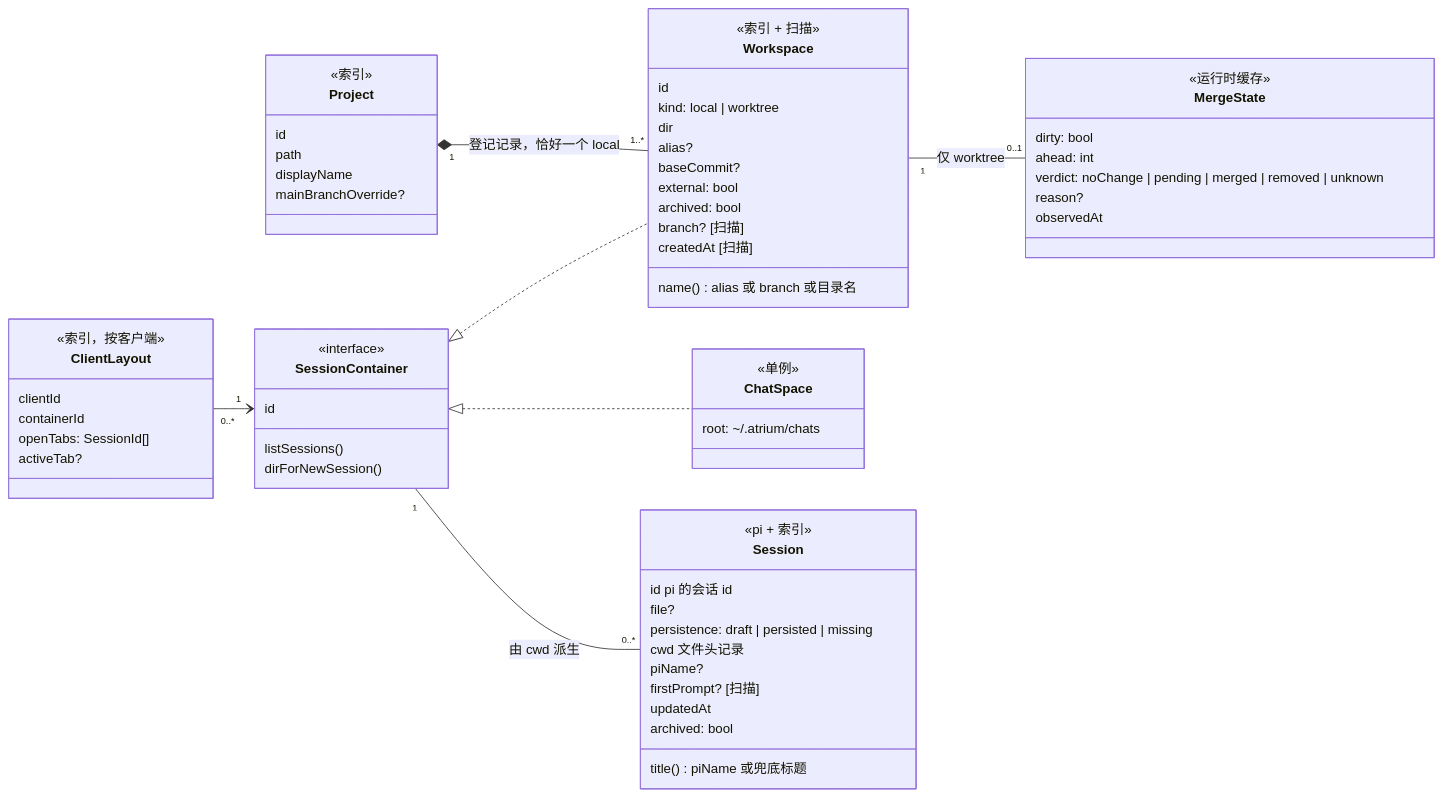
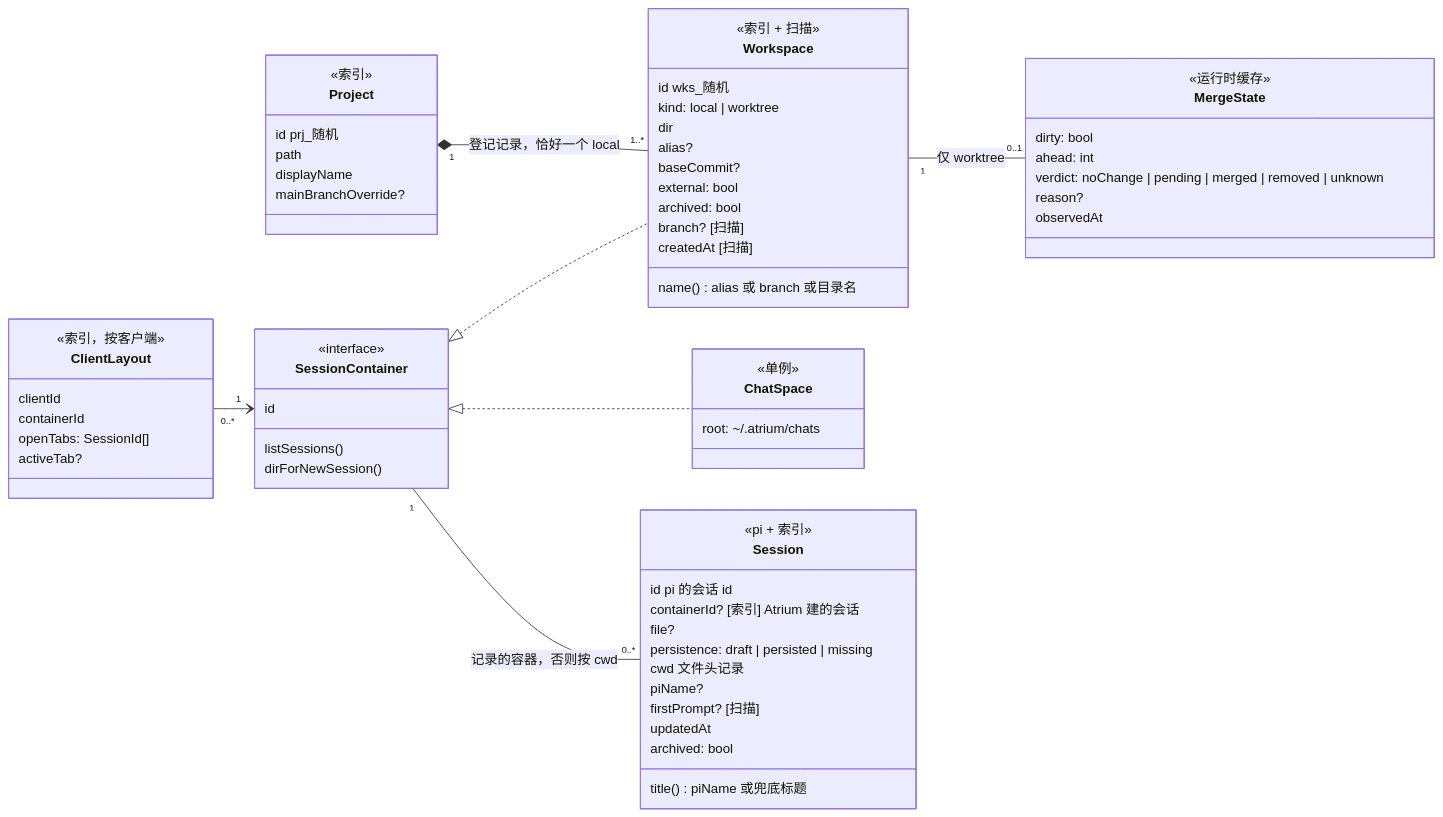
Before and after one commit to Wan-Kai/atrium: the first of 7 diagrams in docs/architecture/domain-model.md, drawn with Mermaid. The commit also changed other lines of this file and 1 other file, not shown here.

````diff
--- a/docs/architecture/domain-model.md
+++ b/docs/architecture/domain-model.md
@@ -25,68 +25,69 @@
 ```mermaid
 classDiagram
     direction LR
     class Project {
       <<索引>>
-      id
+      id  prj_随机
       path
       displayName
       mainBranchOverride?
     }
     class Workspace {
       <<索引 + 扫描>>
-      id
+      id  wks_随机
       kind: local | worktree
       dir
       alias?
       baseCommit?
       external: bool
       archived: bool
       branch?  [扫描]
       createdAt  [扫描]
       name()  alias 或 branch 或目录名
     }
     class ChatSpace {
       <<单例>>
       root: ~/.atrium/chats
     }
     class SessionContainer {
       <<interface>>
       id
       listSessions()
       dirForNewSession()
     }
     class Session {
       <<pi + 索引>>
       id  pi 的会话 id
+      containerId?  [索引] Atrium 建的会话
       file?
       persistence: draft | persisted | missing
       cwd  文件头记录
       piName?
       firstPrompt?  [扫描]
       updatedAt
       archived: bool
       title()  piName 或兜底标题
     }
     class MergeState {
       <<运行时缓存>>
       dirty: bool
       ahead: int
       verdict: noChange | pending | merged | removed | unknown
       reason?
       observedAt
     }
     class ClientLayout {
       <<索引，按客户端>>
       clientId
       containerId
       openTabs: SessionId[]
       activeTab?
     }
 
     Project "1" *-- "1..*" Workspace : 登记记录，恰好一个 local
     SessionContainer <|.. Workspace
     SessionContainer <|.. ChatSpace
-    SessionContainer "1" -- "0..*" Session : 由 cwd 派生
+    SessionContainer "1" -- "0..*" Session : 记录的容器，否则按 cwd
     Workspace "1" -- "0..1" MergeState : 仅 worktree
     ClientLayout "0..*" --> "1" SessionContainer
 ```
````
